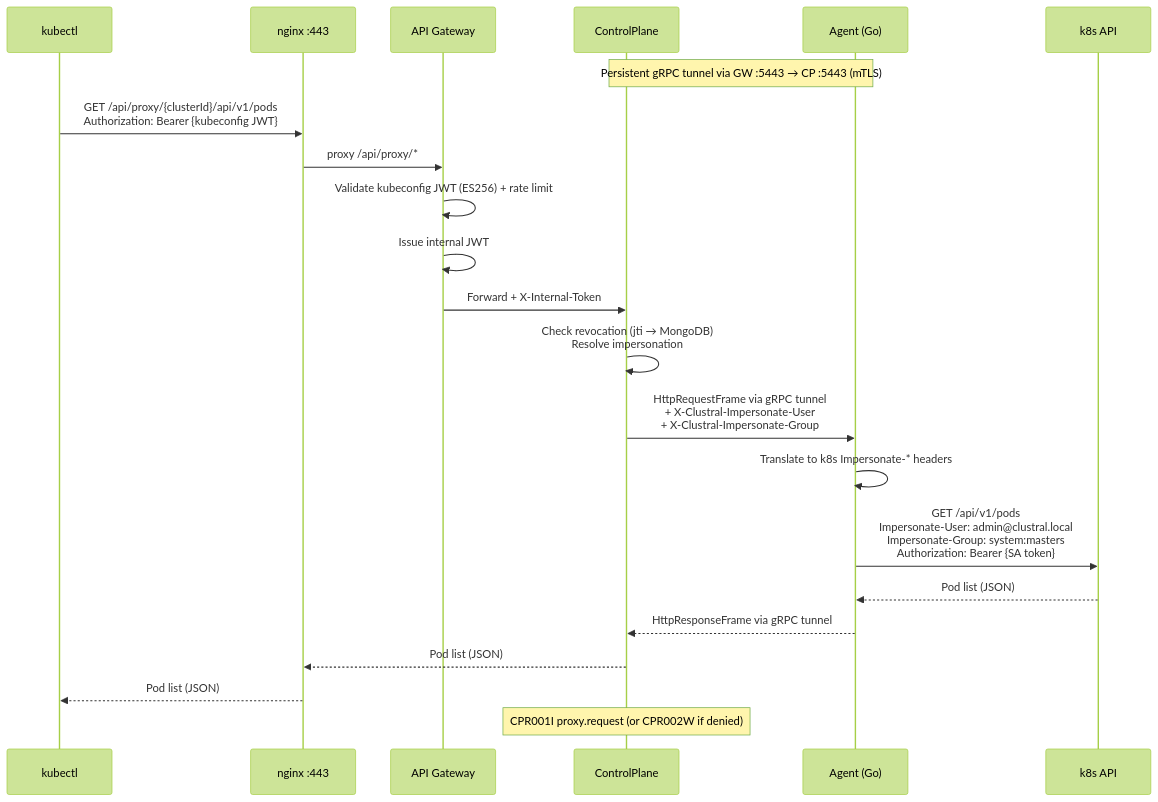
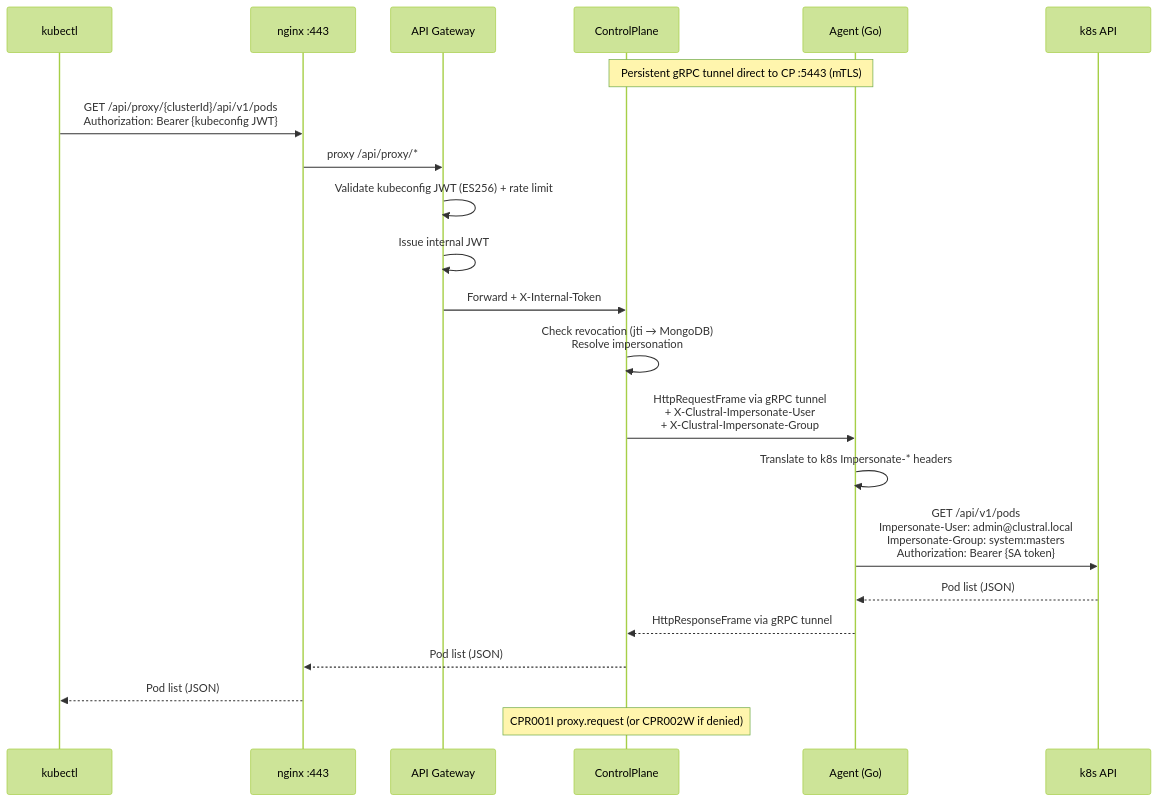
Before and after one commit to Clustral/clustral: the third of 19 diagrams in README.md, drawn with Mermaid (forest theme). The commit also changed other lines of this file and 37 other files, not shown here.

````diff
--- a/README.md
+++ b/README.md
@@ -112,26 +111,26 @@
 ```mermaid
 sequenceDiagram
     participant kubectl
     participant NGX as nginx :443
     participant GW as API Gateway
     participant CP as ControlPlane
     participant Agent as Agent (Go)
     participant K8S as k8s API
 
-    Note over Agent,CP: Persistent gRPC tunnel via GW :5443 → CP :5443 (mTLS)
+    Note over Agent,CP: Persistent gRPC tunnel direct to CP :5443 (mTLS)
 
     kubectl->>NGX: GET /api/proxy/{clusterId}/api/v1/pods<br/>Authorization: Bearer {kubeconfig JWT}
     NGX->>GW: proxy /api/proxy/*
     GW->>GW: Validate kubeconfig JWT (ES256) + rate limit
     GW->>GW: Issue internal JWT
     GW->>CP: Forward + X-Internal-Token
     CP->>CP: Check revocation (jti → MongoDB)<br/>Resolve impersonation
     CP->>Agent: HttpRequestFrame via gRPC tunnel<br/>+ X-Clustral-Impersonate-User<br/>+ X-Clustral-Impersonate-Group
     Agent->>Agent: Translate to k8s Impersonate-* headers
     Agent->>K8S: GET /api/v1/pods<br/>Impersonate-User: admin@clustral.local<br/>Impersonate-Group: system:masters<br/>Authorization: Bearer {SA token}
     K8S-->>Agent: Pod list (JSON)
     Agent-->>CP: HttpResponseFrame via gRPC tunnel
     CP-->>NGX: Pod list (JSON)
     NGX-->>kubectl: Pod list (JSON)
     Note over CP: CPR001I proxy.request (or CPR002W if denied)
 ```
````
